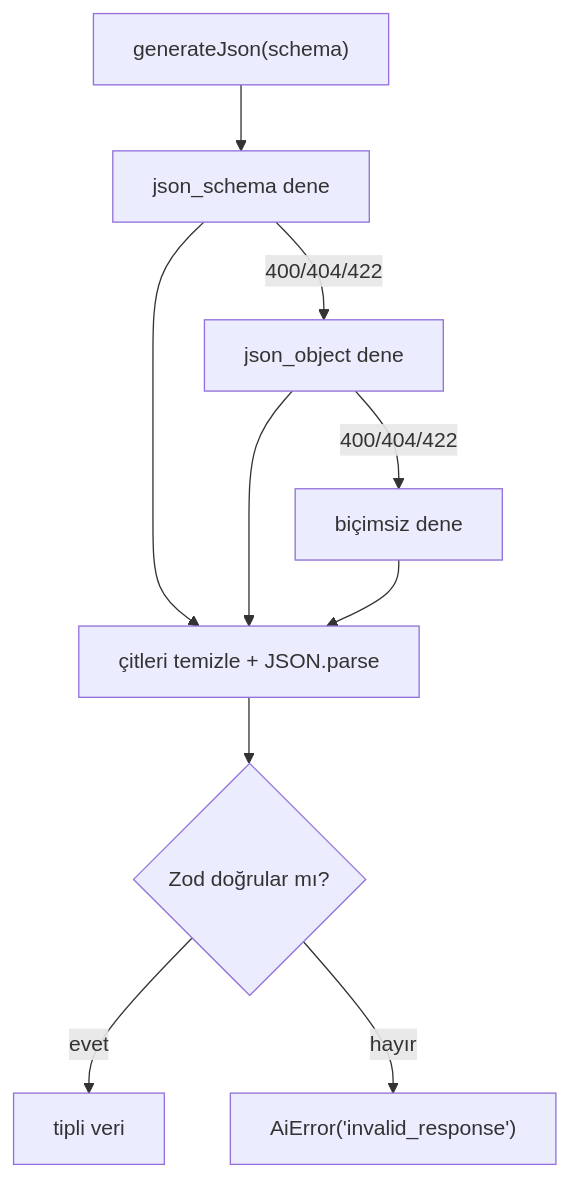
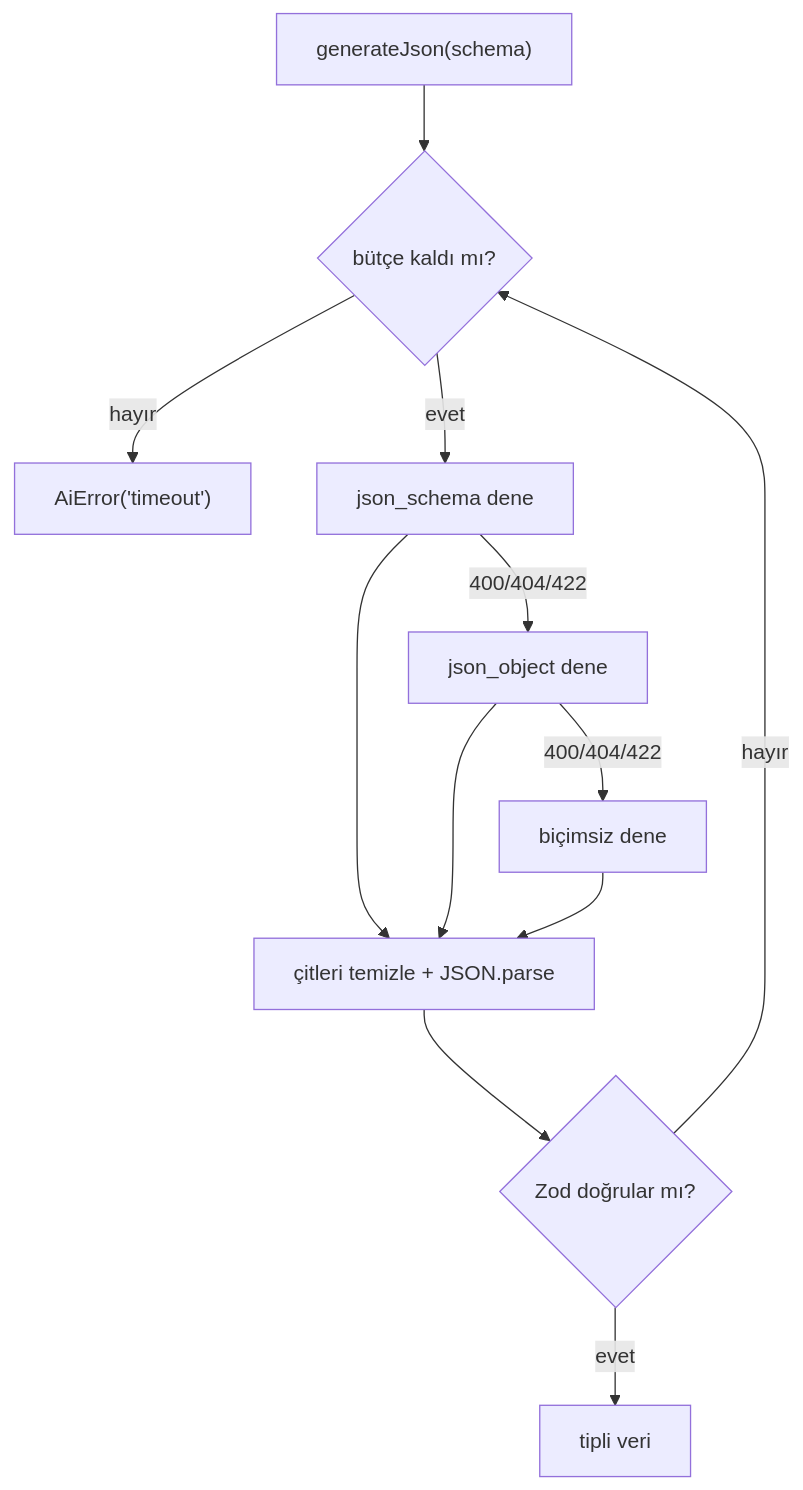
One commit to sibelhaciog-dev/seslikutuphanem changed the diagram in docs/ai.md. Above: the diagram before and after it, drawn with Mermaid. The commit also changed other lines of this file and 6 other files, not shown here.

````diff
--- a/docs/ai.md
+++ b/docs/ai.md
@@ -50,10 +52,12 @@
 ```mermaid
 flowchart TD
-    a["generateJson(schema)"] --> b["json_schema dene"]
+    a["generateJson(schema)"] --> z{"bütçe kaldı mı?"}
+    z -->|hayır| t["AiError('timeout')"]
+    z -->|evet| b["json_schema dene"]
     b -->|400/404/422| c["json_object dene"]
     c -->|400/404/422| d["biçimsiz dene"]
     b & c & d --> e["çitleri temizle + JSON.parse"]
     e --> f{"Zod doğrular mı?"}
     f -->|evet| g["tipli veri"]
-    f -->|hayır| h["AiError('invalid_response')"]
+    f -->|hayır| z
 ```
````
